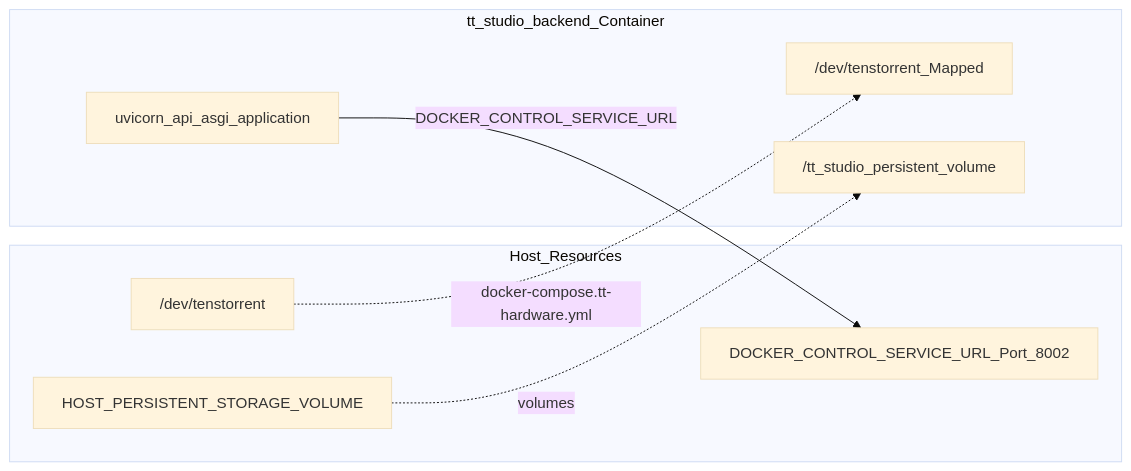
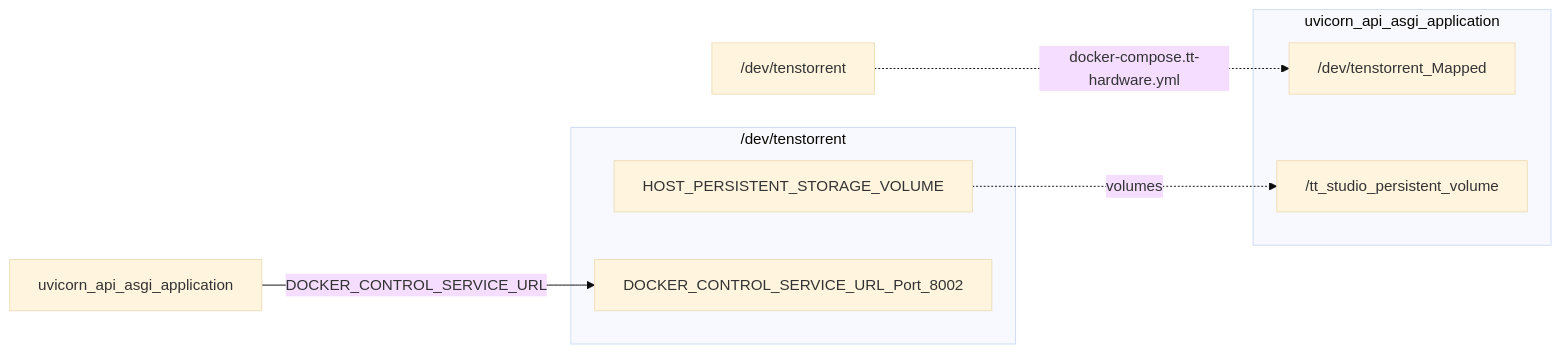
One commit to tenstorrent/tt-studio changed the second of 2 diagrams in docs/overview/getting-started.md. Above: the diagram before and after it, drawn with Mermaid (base theme). The commit also changed other lines of this file and 7 other files, not shown here.

First line of the commit message:
Fix mermaid diagram syntax errors

````diff
--- a/docs/overview/getting-started.md
+++ b/docs/overview/getting-started.md
@@ -94,18 +91,16 @@
 ```mermaid
 graph LR
-    subgraph "Host_Resources"
-        dev_tenstorrent["/dev/tenstorrent"]
+    subgraph Host_Resources["/dev/tenstorrent"]
         HOST_PERSISTENT_STORAGE_VOLUME["HOST_PERSISTENT_STORAGE_VOLUME"]
         DOCKER_CONTROL_SERVICE_URL_Port_8002["DOCKER_CONTROL_SERVICE_URL_Port_8002"]
     end
 
-    subgraph "tt_studio_backend_Container"
-        uvicorn_api_asgi_application["uvicorn_api_asgi_application"]
+    subgraph tt_studio_backend_Container["uvicorn_api_asgi_application"]
         dev_tenstorrent_Mapped["/dev/tenstorrent_Mapped"]
         tt_studio_persistent_volume["/tt_studio_persistent_volume"]
     end
 
     dev_tenstorrent["/dev/tenstorrent"] -.->|"docker-compose.tt-hardware.yml"| dev_tenstorrent_Mapped["/dev/tenstorrent_Mapped"]
     HOST_PERSISTENT_STORAGE_VOLUME["HOST_PERSISTENT_STORAGE_VOLUME"] -.->|"volumes"| tt_studio_persistent_volume["/tt_studio_persistent_volume"]
     uvicorn_api_asgi_application["uvicorn_api_asgi_application"] -->|"DOCKER_CONTROL_SERVICE_URL"| DOCKER_CONTROL_SERVICE_URL_Port_8002["DOCKER_CONTROL_SERVICE_URL_Port_8002"]
 ```
````
